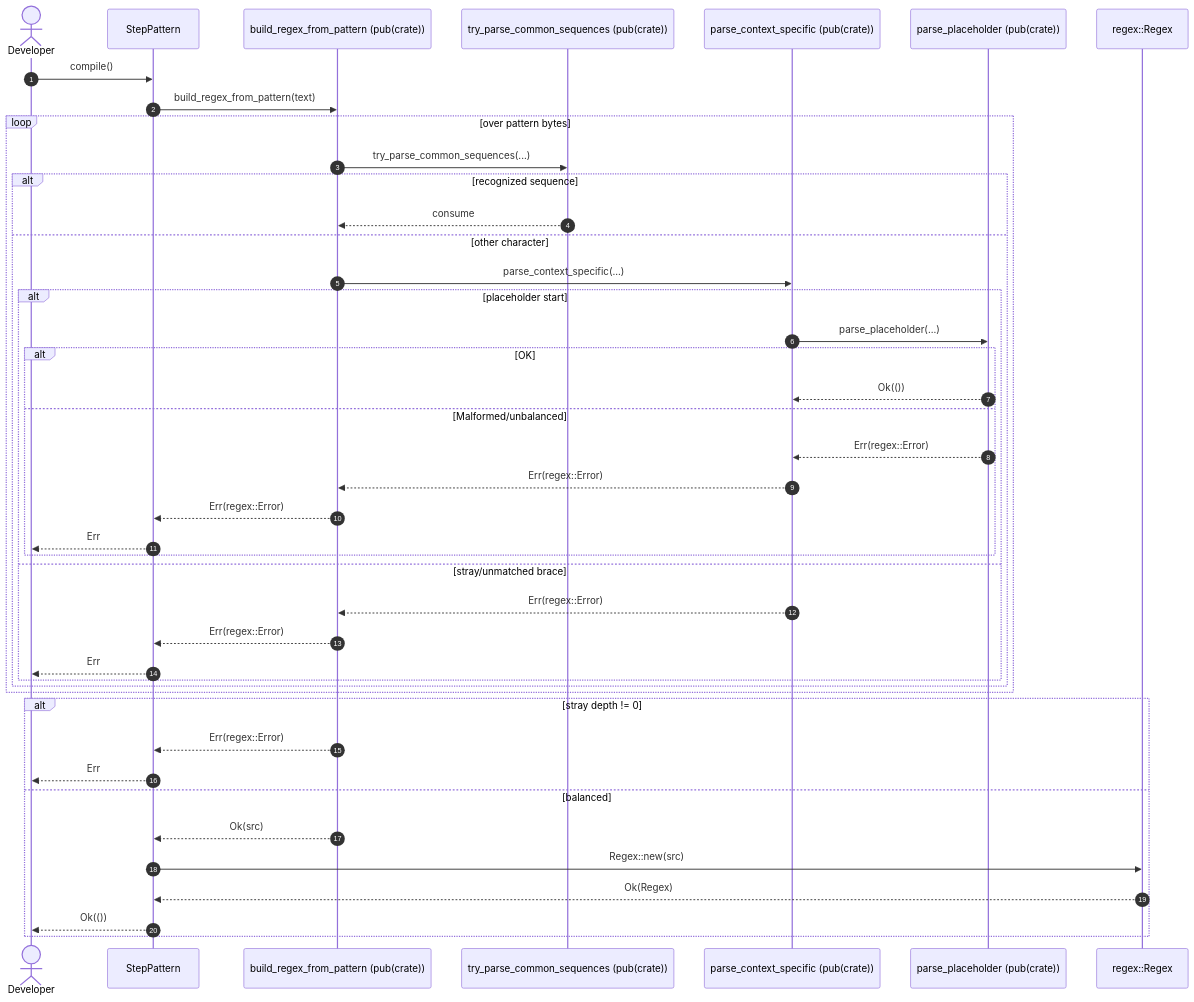
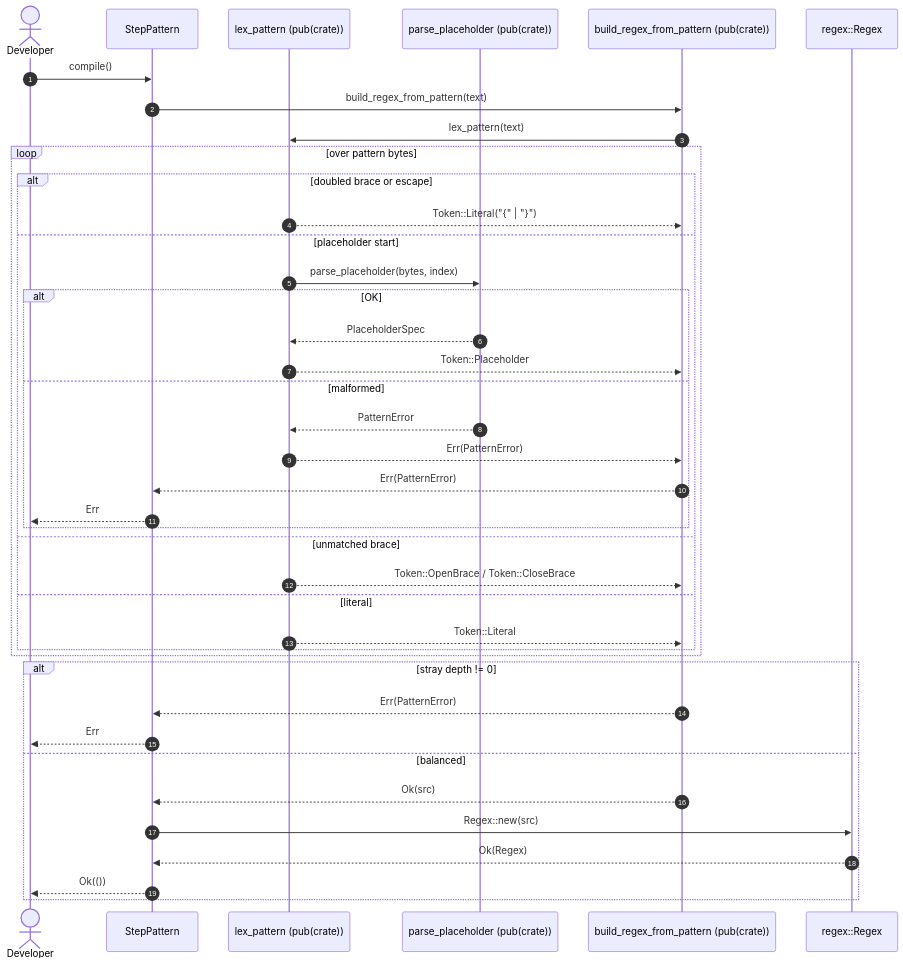
Before and after one commit to leynos/rstest-bdd: the third of 16 diagrams in docs/rstest-bdd-design.md, drawn with Mermaid. The commit also changed other lines of this file and 1 other file, not shown here.

First line of the commit message:
Document pattern tokenisation pipeline

````diff
--- a/docs/rstest-bdd-design.md
+++ b/docs/rstest-bdd-design.md
@@ -698,46 +714,43 @@
 ```mermaid
 sequenceDiagram
   autonumber
   actor Dev as Developer
   participant SP as StepPattern
-  participant RB as build_regex_from_pattern (pub(crate))
-  participant TC as try_parse_common_sequences (pub(crate))
-  participant PC as parse_context_specific (pub(crate))
+  participant LX as lex_pattern (pub(crate))
   participant PP as parse_placeholder (pub(crate))
+  participant CP as build_regex_from_pattern (pub(crate))
   participant RX as regex::Regex
 
   Dev->>SP: compile()
-  SP->>RB: build_regex_from_pattern(text)
+  SP->>CP: build_regex_from_pattern(text)
+  CP->>LX: lex_pattern(text)
   loop over pattern bytes
-    RB->>TC: try_parse_common_sequences(...)
-    alt recognized sequence
-      TC-->>RB: consume
-    else other character
-      RB->>PC: parse_context_specific(...)
-      alt placeholder start
-        PC->>PP: parse_placeholder(...)
-        alt OK
-          PP-->>PC: Ok(())
-        else Malformed/unbalanced
-          PP-->>PC: Err(regex::Error)
-          PC-->>RB: Err(regex::Error)
-          RB-->>SP: Err(regex::Error)
-          SP-->>Dev: Err
-        end
-      else stray/unmatched brace
-        PC-->>RB: Err(regex::Error)
-        RB-->>SP: Err(regex::Error)
+    alt doubled brace or escape
+      LX-->>CP: Token::Literal("{" | "}")
+    else placeholder start
+      LX->>PP: parse_placeholder(bytes, index)
+      alt OK
+        PP-->>LX: PlaceholderSpec
+        LX-->>CP: Token::Placeholder
+      else malformed
+        PP-->>LX: PatternError
+        LX-->>CP: Err(PatternError)
+        CP-->>SP: Err(PatternError)
         SP-->>Dev: Err
       end
+    else unmatched brace
+      LX-->>CP: Token::OpenBrace / Token::CloseBrace
+    else literal
+      LX-->>CP: Token::Literal
     end
   end
   alt stray depth != 0
-    RB-->>SP: Err(regex::Error)
+    CP-->>SP: Err(PatternError)
     SP-->>Dev: Err
   else balanced
-    RB-->>SP: Ok(src)
+    CP-->>SP: Ok(src)
     SP->>RX: Regex::new(src)
     RX-->>SP: Ok(Regex)
     SP-->>Dev: Ok(())
   end
 ```
````
